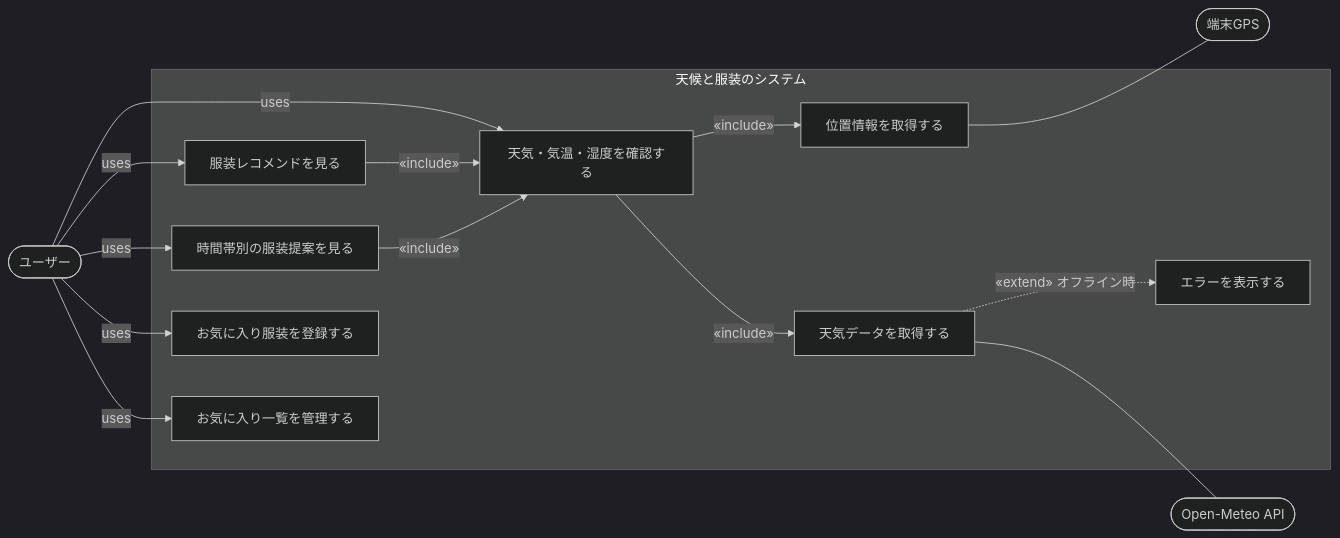
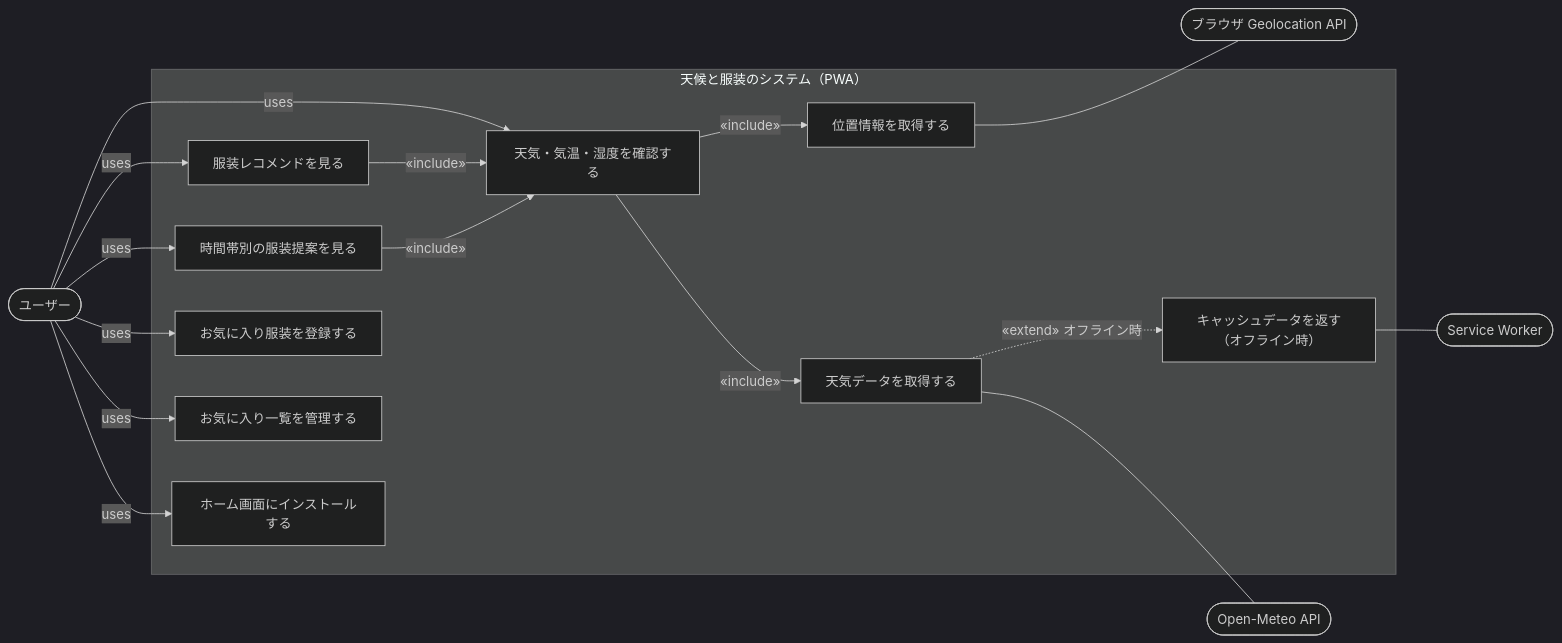
Before and after one commit to tsukushi-81/apri: the first of 8 diagrams in README.md, drawn with Mermaid (dark theme). The commit also changed other lines of this file, not shown here.

````diff
--- a/README.md
+++ b/README.md
@@ -146,32 +173,36 @@
 ```mermaid
 flowchart LR
   User(["ユーザー"])
-  GPS(["端末GPS"])
+  GPS(["ブラウザ Geolocation API"])
   API(["Open-Meteo API"])
+  SW(["Service Worker"])
 
-  subgraph SYS ["天候と服装のシステム"]
+  subgraph SYS ["天候と服装のシステム（PWA）"]
     UC1["天気・気温・湿度を確認する"]
     UC2["服装レコメンドを見る"]
     UC3["時間帯別の服装提案を見る"]
     UC4["お気に入り服装を登録する"]
     UC5["お気に入り一覧を管理する"]
     UC6["位置情報を取得する"]
     UC7["天気データを取得する"]
-    UC8["エラーを表示する"]
+    UC8["キャッシュデータを返す（オフライン時）"]
+    UC9["ホーム画面にインストールする"]
   end
 
   User -->|uses| UC1
   User -->|uses| UC2
   User -->|uses| UC3
   User -->|uses| UC4
   User -->|uses| UC5
+  User -->|uses| UC9
 
   UC1 -->|«include»| UC6
   UC1 -->|«include»| UC7
   UC2 -->|«include»| UC1
   UC3 -->|«include»| UC1
   UC7 -.->|«extend» オフライン時| UC8
 
   UC6 --- GPS
   UC7 --- API
+  UC8 --- SW
 ```
````
